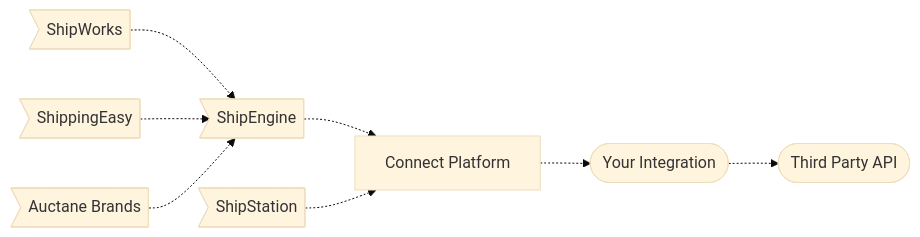
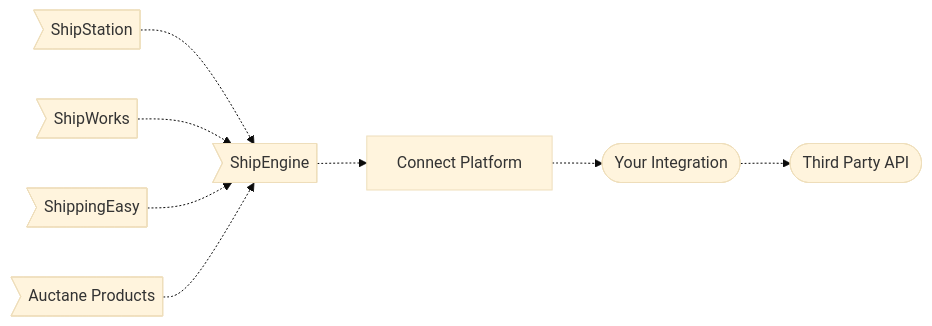
Before and after one commit to ShipEngine/connect-website: the diagram in getting-started/how-it-works.md, drawn with Mermaid (base theme). The commit also changed other lines of this file and 6 other files, not shown here.

````diff
--- a/getting-started/how-it-works.md
+++ b/getting-started/how-it-works.md
@@ -11,19 +17,19 @@
 ```mermaid
 flowchart LR
     connect[Connect Platform]
     integration([Your Integration])
     shipstation>ShipStation]
     shipengine>ShipEngine]
     shipworks>ShipWorks]
     shippingeasy>ShippingEasy]
-    auctane>Auctane Brands]
+    auctane>Auctane Products]
     thirdparty([Third Party API])
 
     shipengine-.->connect
+    shipstation-.->shipengine
     shipworks-.->shipengine
     shippingeasy-.->shipengine
     auctane-.->shipengine
-    shipstation-.->connect
     connect-.->integration
     integration-.->thirdparty
 ```
````
